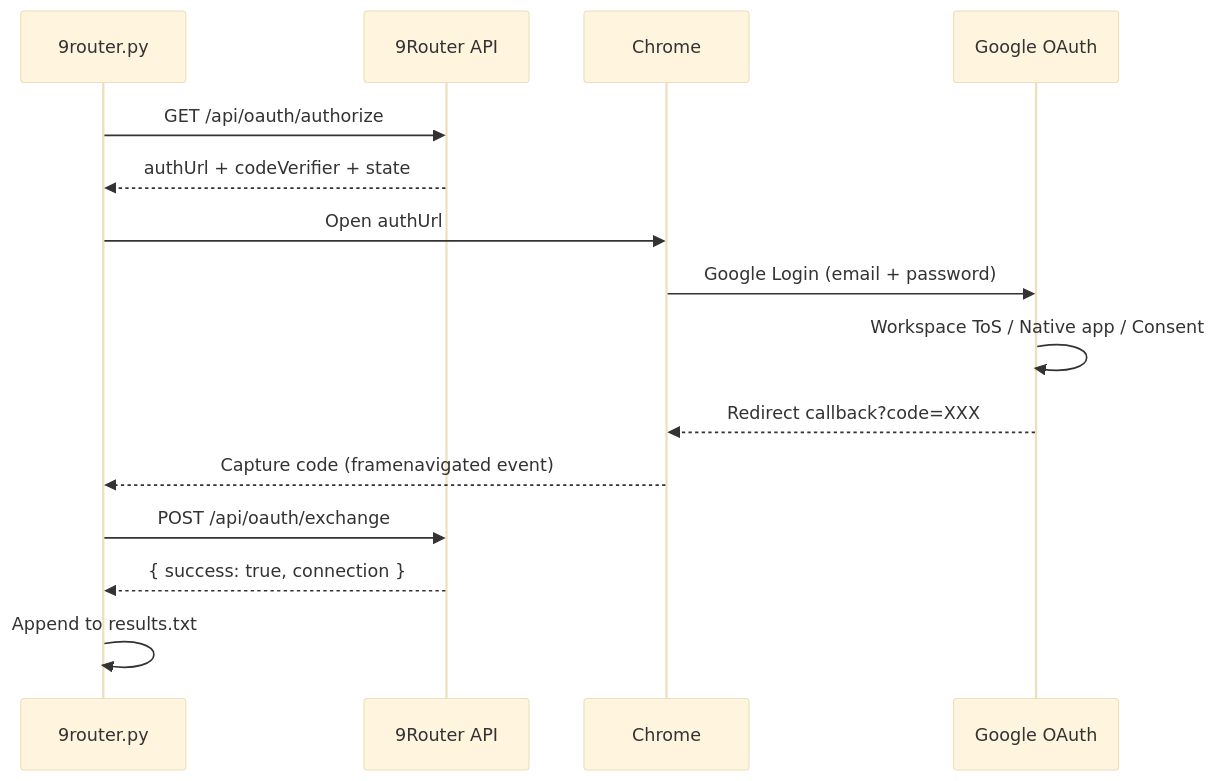
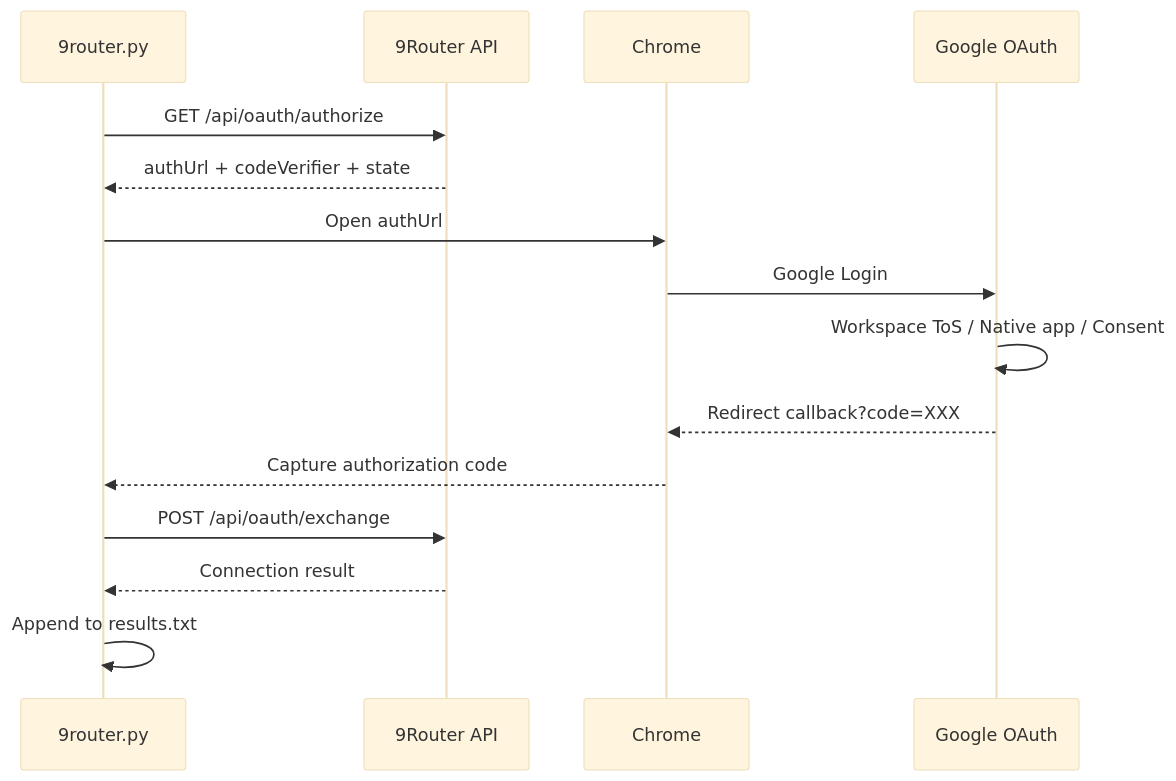
Before and after one commit to spwmrk/9router-gsuite: the diagram in README.md, drawn with Mermaid (base theme). The commit also changed other lines of this file, not shown here.

````diff
--- a/README.md
+++ b/README.md
@@ -149,18 +166,18 @@
 ```mermaid
 sequenceDiagram
     participant S as 9router.py
     participant R as 9Router API
     participant C as Chrome
     participant G as Google OAuth
 
     S->>R: GET /api/oauth/authorize
     R-->>S: authUrl + codeVerifier + state
     S->>C: Open authUrl
-    C->>G: Google Login (email + password)
+    C->>G: Google Login
     G->>G: Workspace ToS / Native app / Consent
     G-->>C: Redirect callback?code=XXX
-    C-->>S: Capture code (framenavigated event)
+    C-->>S: Capture authorization code
     S->>R: POST /api/oauth/exchange
-    R-->>S: { success: true, connection }
+    R-->>S: Connection result
     S->>S: Append to results.txt
 ```
````
